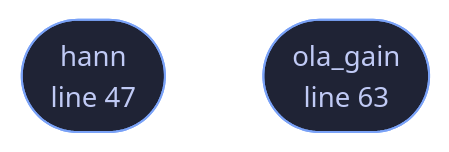
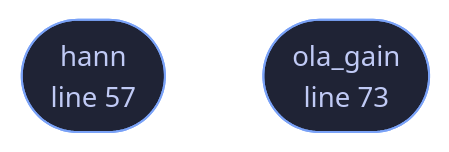
The diagram in docs/files/veilvoice-core/window.md (tilas01/veilvoice), drawn with Mermaid before and after one commit. The commit also changed other lines of this file and 487 other files, not shown here.

````diff
--- a/docs/files/veilvoice-core/window.md
+++ b/docs/files/veilvoice-core/window.md
@@ -89,10 +100,10 @@
 ```mermaid
 %%{init: {"theme":"base","themeVariables":{"background":"#1a1b26","primaryColor":"#1f2335","primaryTextColor":"#c0caf5","primaryBorderColor":"#7aa2f7","secondaryColor":"#16161e","tertiaryColor":"#16161e","lineColor":"#737aa2","textColor":"#c0caf5","mainBkg":"#1f2335","nodeBorder":"#7aa2f7","clusterBkg":"#16161e","clusterBorder":"#2f3549","fontFamily":"ui-monospace, SFMono-Regular, Consolas, monospace","fontSize":"14px"}}}%%
 flowchart TD
-    n_hann(["hann<br/>line 47"])
-    n_ola_gain(["ola_gain<br/>line 63"])
-    click n_hann href "https://github.com/tilas01/veilvoice/blob/main/crates/veilvoice-core/src/window.rs#L47" "open the source"
-    click n_ola_gain href "https://github.com/tilas01/veilvoice/blob/main/crates/veilvoice-core/src/window.rs#L63" "open the source"
+    n_hann(["hann<br/>line 57"])
+    n_ola_gain(["ola_gain<br/>line 73"])
+    click n_hann href "https://github.com/tilas01/veilvoice/blob/main/crates/veilvoice-core/src/window.rs#L57" "open the source"
+    click n_ola_gain href "https://github.com/tilas01/veilvoice/blob/main/crates/veilvoice-core/src/window.rs#L73" "open the source"
     classDef entry fill:#1f2335,stroke:#7aa2f7,color:#c0caf5
     class n_hann,n_ola_gain entry
 ```
````
